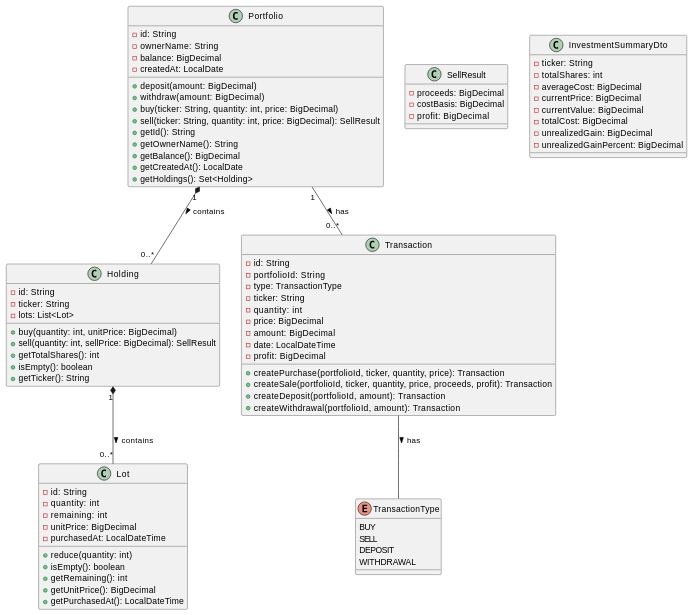
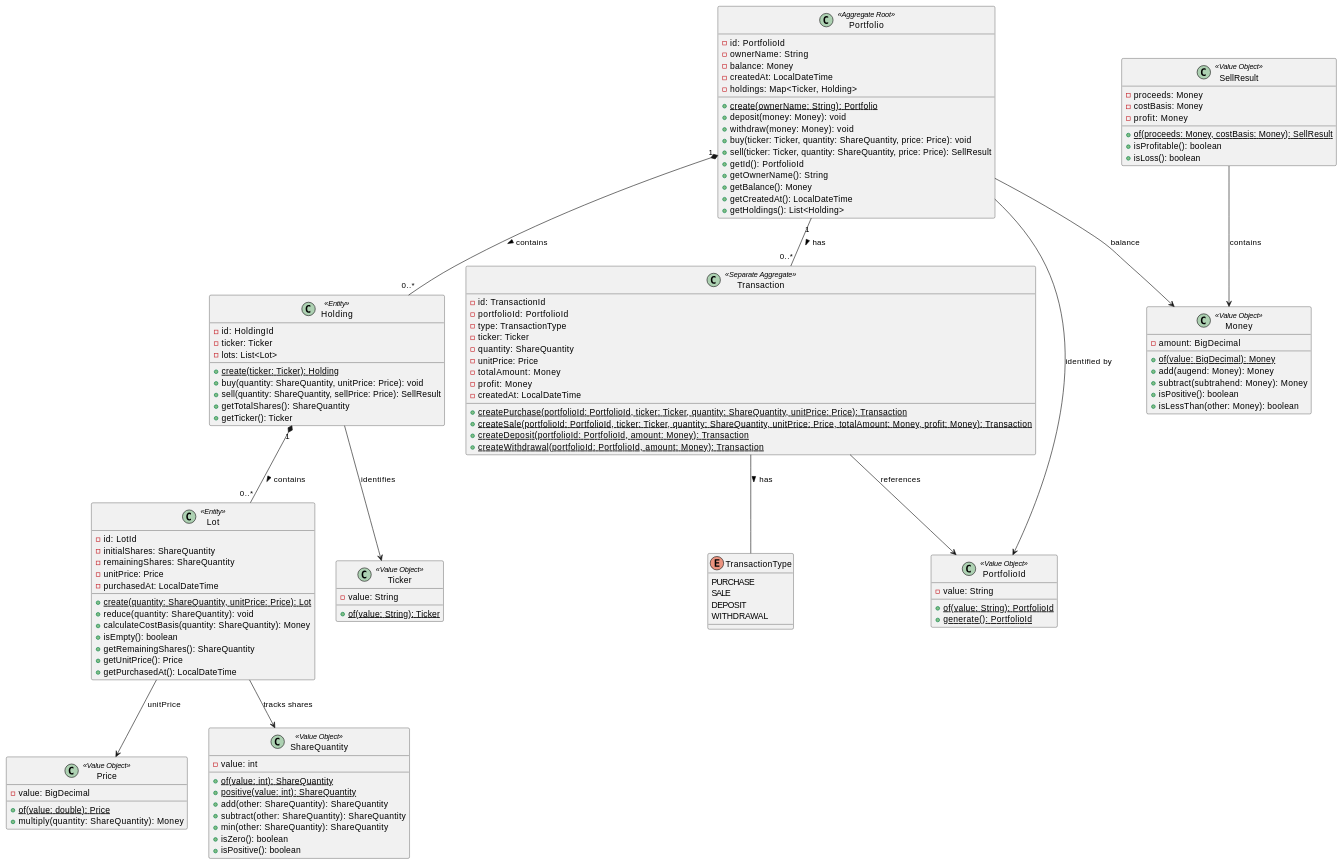
The diagram in doc/stock-portfolio-api-specification.md (alfredorueda/HexaStock), drawn with PlantUML before and after one commit. The commit also changed other lines of this file and 13 other files, not shown here.

````diff
--- a/doc/stock-portfolio-api-specification.md
+++ b/doc/stock-portfolio-api-specification.md
@@ -535,84 +552,117 @@
 ```plantuml
 @startuml "Portfolio Domain Model"
 
-class Portfolio {
-  -id: String
+class Portfolio <<Aggregate Root>> {
+  -id: PortfolioId
   -ownerName: String
-  -balance: BigDecimal
-  -createdAt: LocalDate
-  +deposit(amount: BigDecimal)
-  +withdraw(amount: BigDecimal)
-  +buy(ticker: String, quantity: int, price: BigDecimal)
-  +sell(ticker: String, quantity: int, price: BigDecimal): SellResult
-  +getId(): String
+  -balance: Money
+  -createdAt: LocalDateTime
+  -holdings: Map<Ticker, Holding>
+  +{static} create(ownerName: String): Portfolio
+  +deposit(money: Money): void
+  +withdraw(money: Money): void
+  +buy(ticker: Ticker, quantity: ShareQuantity, price: Price): void
+  +sell(ticker: Ticker, quantity: ShareQuantity, price: Price): SellResult
+  +getId(): PortfolioId
   +getOwnerName(): String
-  +getBalance(): BigDecimal
-  +getCreatedAt(): LocalDate
-  +getHoldings(): Set<Holding>
+  +getBalance(): Money
+  +getCreatedAt(): LocalDateTime
+  +getHoldings(): List<Holding>
 }
 
-class Holding {
-  -id: String
-  -ticker: String
+class Holding <<Entity>> {
+  -id: HoldingId
+  -ticker: Ticker
   -lots: List<Lot>
-  +buy(quantity: int, unitPrice: BigDecimal)
-  +sell(quantity: int, sellPrice: BigDecimal): SellResult
-  +getTotalShares(): int
-  +isEmpty(): boolean
-  +getTicker(): String
+  +{static} create(ticker: Ticker): Holding
+  +buy(quantity: ShareQuantity, unitPrice: Price): void
+  +sell(quantity: ShareQuantity, sellPrice: Price): SellResult
+  +getTotalShares(): ShareQuantity
+  +getTicker(): Ticker
 }
 
-class Lot {
-  -id: String
-  -quantity: int
-  -remaining: int
-  -unitPrice: BigDecimal
+class Lot <<Entity>> {
+  -id: LotId
+  -initialShares: ShareQuantity
+  -remainingShares: ShareQuantity
+  -unitPrice: Price
   -purchasedAt: LocalDateTime
-  +reduce(quantity: int)
+  +{static} create(quantity: ShareQuantity, unitPrice: Price): Lot
+  +reduce(quantity: ShareQuantity): void
+  +calculateCostBasis(quantity: ShareQuantity): Money
   +isEmpty(): boolean
-  +getRemaining(): int
-  +getUnitPrice(): BigDecimal
+  +getRemainingShares(): ShareQuantity
+  +getUnitPrice(): Price
   +getPurchasedAt(): LocalDateTime
 }
 
-class Transaction {
-  -id: String
-  -portfolioId: String
+class Transaction <<Separate Aggregate>> {
+  -id: TransactionId
+  -portfolioId: PortfolioId
   -type: TransactionType
-  -ticker: String
-  -quantity: int
-  -price: BigDecimal
-  -amount: BigDecimal
-  -date: LocalDateTime
-  -profit: BigDecimal
-  +createPurchase(portfolioId, ticker, quantity, price): Transaction
-  +createSale(portfolioId, ticker, quantity, price, proceeds, profit): Transaction
-  +createDeposit(portfolioId, amount): Transaction
-  +createWithdrawal(portfolioId, amount): Transaction
+  -ticker: Ticker
+  -quantity: ShareQuantity
+  -unitPrice: Price
+  -totalAmount: Money
+  -profit: Money
+  -createdAt: LocalDateTime
+  +{static} createPurchase(portfolioId: PortfolioId, ticker: Ticker, quantity: ShareQuantity, unitPrice: Price): Transaction
+  +{static} createSale(portfolioId: PortfolioId, ticker: Ticker, quantity: ShareQuantity, unitPrice: Price, totalAmount: Money, profit: Money): Transaction
+  +{static} createDeposit(portfolioId: PortfolioId, amount: Money): Transaction
+  +{static} createWithdrawal(portfolioId: PortfolioId, amount: Money): Transaction
 }
 
 enum TransactionType {
-  BUY
-  SELL
+  PURCHASE
+  SALE
   DEPOSIT
   WITHDRAWAL
 }
 
-class SellResult {
-  -proceeds: BigDecimal
-  -costBasis: BigDecimal
-  -profit: BigDecimal
+class SellResult <<Value Object>> {
+  -proceeds: Money
+  -costBasis: Money
+  -profit: Money
+  +{static} of(proceeds: Money, costBasis: Money): SellResult
+  +isProfitable(): boolean
+  +isLoss(): boolean
 }
 
-class InvestmentSummaryDto {
-  -ticker: String
-  -totalShares: int
-  -averageCost: BigDecimal
-  -currentPrice: BigDecimal
-  -currentValue: BigDecimal
-  -totalCost: BigDecimal
-  -unrealizedGain: BigDecimal
-  -unrealizedGainPercent: BigDecimal
+class Money <<Value Object>> {
+  -amount: BigDecimal
+  +{static} of(value: BigDecimal): Money
+  +add(augend: Money): Money
+  +subtract(subtrahend: Money): Money
+  +isPositive(): boolean
+  +isLessThan(other: Money): boolean
+}
+
+class Price <<Value Object>> {
+  -value: BigDecimal
+  +{static} of(value: double): Price
+  +multiply(quantity: ShareQuantity): Money
+}
+
+class ShareQuantity <<Value Object>> {
+  -value: int
+  +{static} of(value: int): ShareQuantity
+  +{static} positive(value: int): ShareQuantity
+  +add(other: ShareQuantity): ShareQuantity
+  +subtract(other: ShareQuantity): ShareQuantity
+  +min(other: ShareQuantity): ShareQuantity
+  +isZero(): boolean
+  +isPositive(): boolean
+}
+
+class Ticker <<Value Object>> {
+  -value: String
+  +{static} of(value: String): Ticker
+}
+
+class PortfolioId <<Value Object>> {
+  -value: String
+  +{static} of(value: String): PortfolioId
+  +{static} generate(): PortfolioId
 }
 
 Portfolio "1" *-- "0..*" Holding : contains >
@@ -620,5 +670,13 @@
 Portfolio "1" -- "0..*" Transaction : has >
 Transaction -- TransactionType : has >
 
+Portfolio --> PortfolioId : identified by
+Portfolio --> Money : balance
+Holding --> Ticker : identifies
+Lot --> ShareQuantity : tracks shares
+Lot --> Price : unitPrice
+Transaction --> PortfolioId : references
+SellResult --> Money : contains
+
 @enduml
 ```
````
